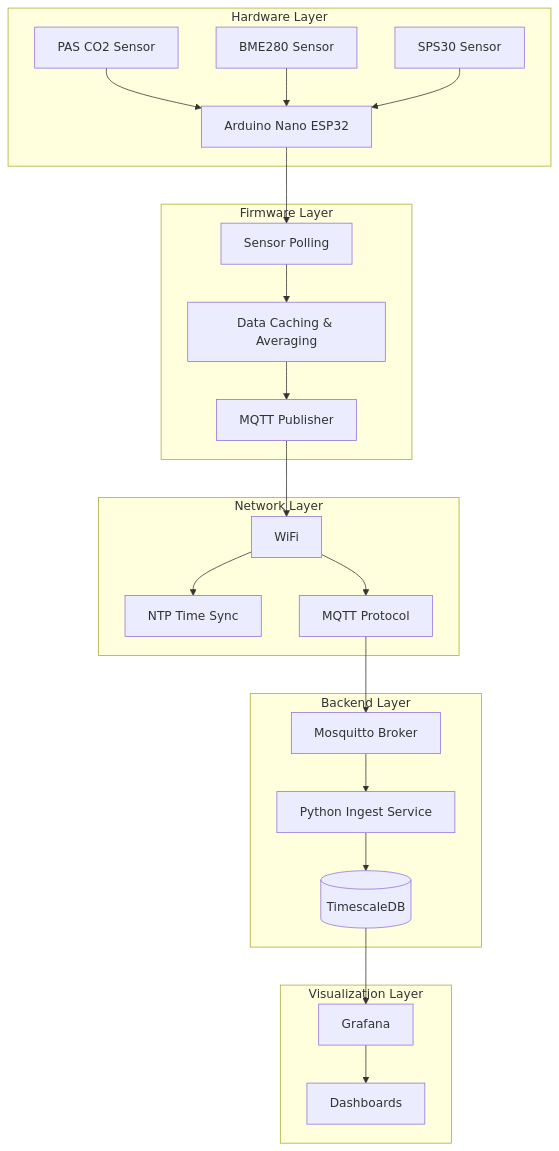
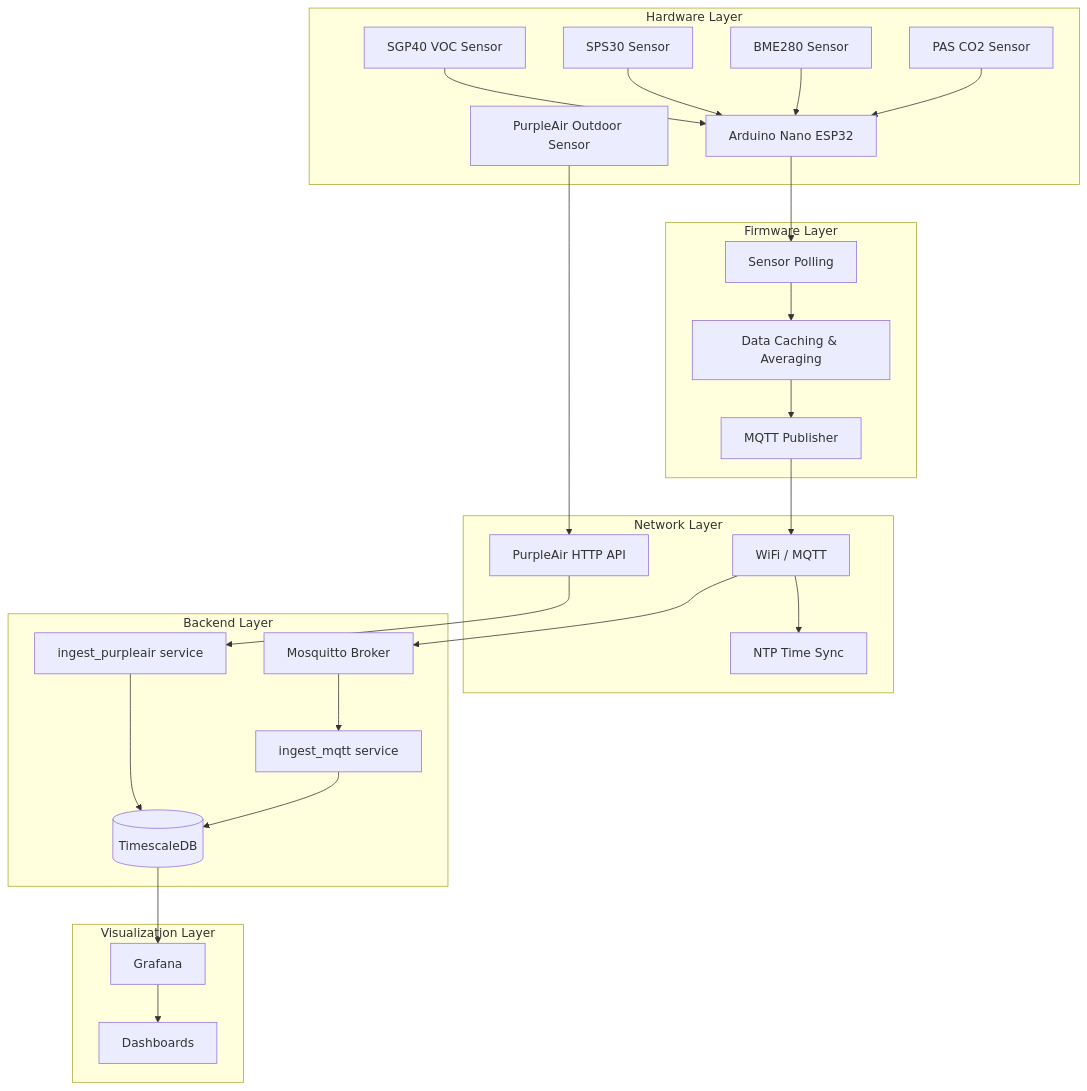
The first of 21 diagrams in docs/architecture.md (kuvychko/env_monitoring), drawn with Mermaid before and after one commit. The commit also changed other lines of this file and 13 other files, not shown here.

Commit message:
PurpleAir added

````diff
--- a/docs/architecture.md
+++ b/docs/architecture.md
@@ -9,47 +9,53 @@
 ```mermaid
 flowchart TB
     subgraph Hardware["Hardware Layer"]
         CO2[PAS CO2 Sensor]
         BME[BME280 Sensor]
         SPS[SPS30 Sensor]
+        SGP[SGP40 VOC Sensor]
         ESP[Arduino Nano ESP32]
+        PA[PurpleAir Outdoor Sensor]
     end
 
     subgraph Firmware["Firmware Layer"]
         POLL[Sensor Polling]
         CACHE[Data Caching & Averaging]
         PUB[MQTT Publisher]
     end
 
     subgraph Network["Network Layer"]
-        WIFI[WiFi]
+        WIFI[WiFi / MQTT]
         NTP[NTP Time Sync]
-        MQTT[MQTT Protocol]
+        HTTP[PurpleAir HTTP API]
     end
 
     subgraph Backend["Backend Layer"]
         MOSQ[Mosquitto Broker]
-        INGEST[Python Ingest Service]
+        INGEST[ingest_mqtt service]
+        PAINGEST[ingest_purpleair service]
         DB[(TimescaleDB)]
     end
 
     subgraph Visualization["Visualization Layer"]
         GRAF[Grafana]
         DASH[Dashboards]
     end
 
     CO2 --> ESP
     BME --> ESP
     SPS --> ESP
+    SGP --> ESP
     ESP --> POLL
     POLL --> CACHE
     CACHE --> PUB
     PUB --> WIFI
     WIFI --> NTP
-    WIFI --> MQTT
-    MQTT --> MOSQ
+    WIFI --> MOSQ
     MOSQ --> INGEST
     INGEST --> DB
+    PA --> HTTP
+    HTTP --> PAINGEST
+    PAINGEST --> DB
     DB --> GRAF
     GRAF --> DASH
 ```
````
